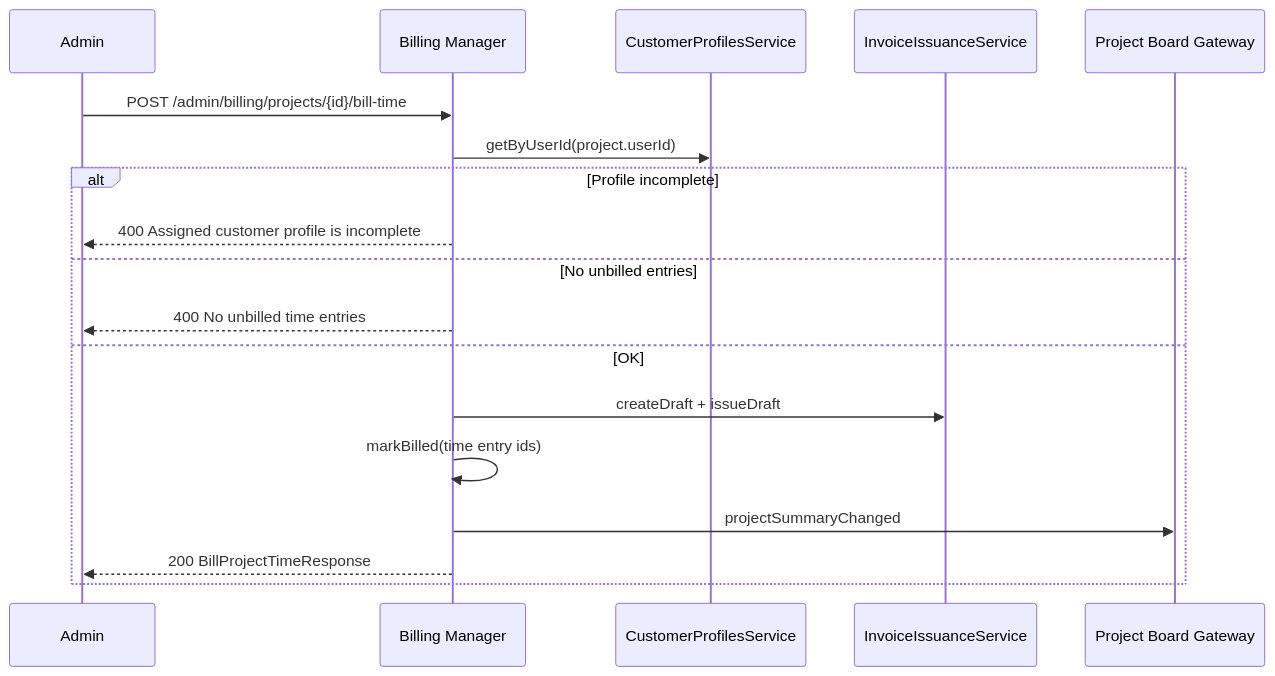
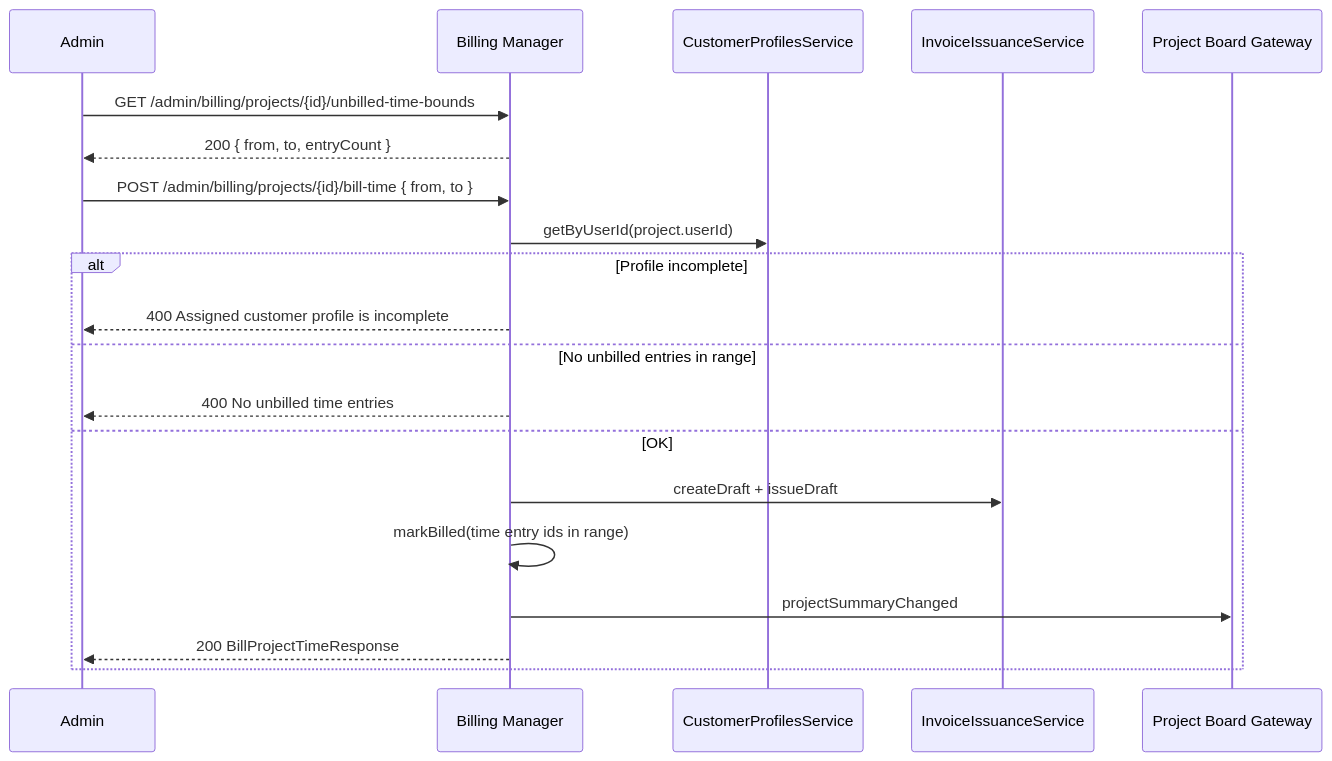
The first of 2 diagrams in docs/decabill/features/projects.md (forepath/one), drawn with Mermaid before and after one commit. The commit also changed other lines of this file and 54 other files, not shown here.

````diff
--- a/docs/decabill/features/projects.md
+++ b/docs/decabill/features/projects.md
@@ -98,21 +124,23 @@
 ```mermaid
 sequenceDiagram
     participant Admin
     participant API as Billing Manager
     participant Profile as CustomerProfilesService
     participant Invoice as InvoiceIssuanceService
     participant WS as Project Board Gateway
 
-    Admin->>API: POST /admin/billing/projects/{id}/bill-time
+    Admin->>API: GET /admin/billing/projects/{id}/unbilled-time-bounds
+    API-->>Admin: 200 { from, to, entryCount }
+    Admin->>API: POST /admin/billing/projects/{id}/bill-time { from, to }
     API->>Profile: getByUserId(project.userId)
     alt Profile incomplete
         API-->>Admin: 400 Assigned customer profile is incomplete
-    else No unbilled entries
+    else No unbilled entries in range
         API-->>Admin: 400 No unbilled time entries
     else OK
         API->>Invoice: createDraft + issueDraft
-        API->>API: markBilled(time entry ids)
+        API->>API: markBilled(time entry ids in range)
         API->>WS: projectSummaryChanged
         API-->>Admin: 200 BillProjectTimeResponse
     end
 ```
````
